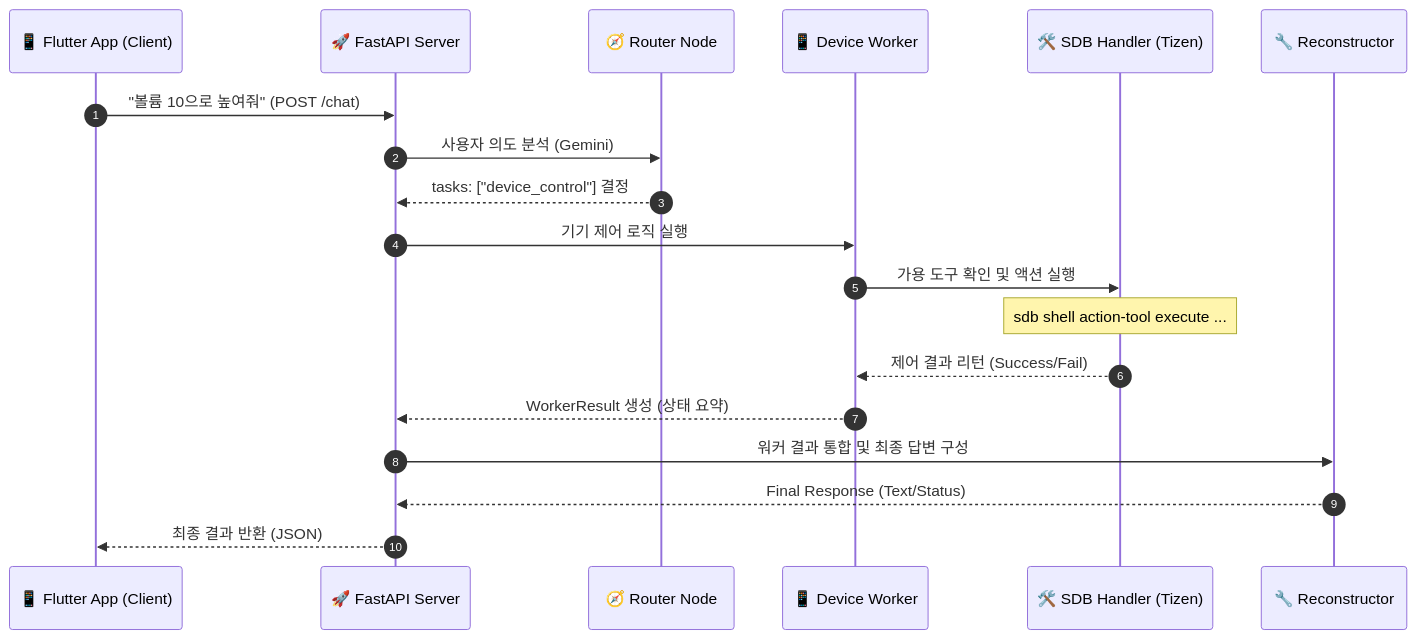
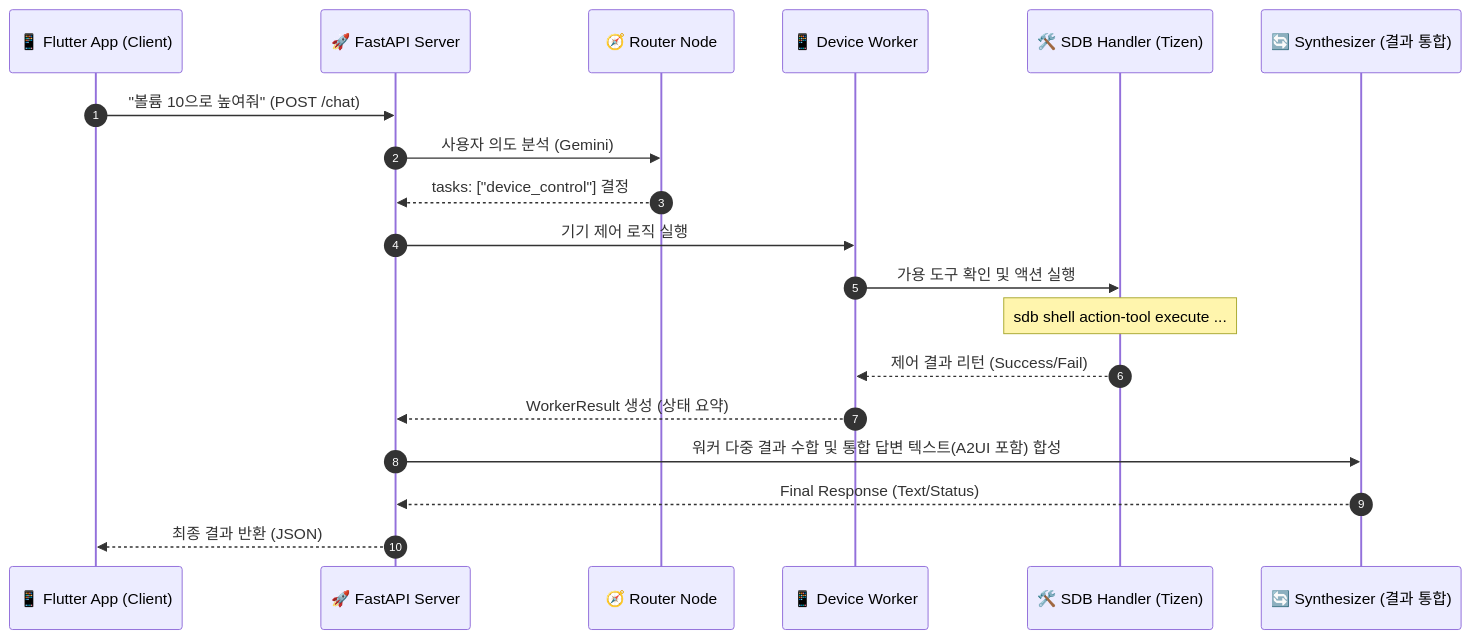
The third of 3 diagrams in README.md (shyunMin/tizen-home-agent), drawn with Mermaid before and after one commit. The commit also changed other lines of this file and 2 other files, not shown here.

Commit message:
Rename Reconstructor to Synthesizer across the project

````diff
--- a/README.md
+++ b/README.md
@@ -105,25 +105,25 @@
 ```mermaid
 sequenceDiagram
     autonumber
     participant App as 📱 Flutter App (Client)
     participant Server as 🚀 FastAPI Server
     participant Router as 🧭 Router Node
     participant Device as 📱 Device Worker
     participant SDB as 🛠️ SDB Handler (Tizen)
-    participant Recon as 🔧 Reconstructor
+    participant Recon as 🔄 Synthesizer (결과 통합)
 
     App->>Server: "볼륨 10으로 높여줘" (POST /chat)
     Server->>Router: 사용자 의도 분석 (Gemini)
     Router-->>Server: tasks: ["device_control"] 결정
     
     Server->>Device: 기기 제어 로직 실행
     Device->>SDB: 가용 도구 확인 및 액션 실행
     Note over SDB: sdb shell action-tool execute ...
     SDB-->>Device: 제어 결과 리턴 (Success/Fail)
     
     Device-->>Server: WorkerResult 생성 (상태 요약)
-    Server->>Recon: 워커 결과 통합 및 최종 답변 구성
+    Server->>Recon: 워커 다중 결과 수합 및 통합 답변 텍스트(A2UI 포함) 합성
     Recon-->>Server: Final Response (Text/Status)
     
     Server-->>App: 최종 결과 반환 (JSON)
 ```
````
